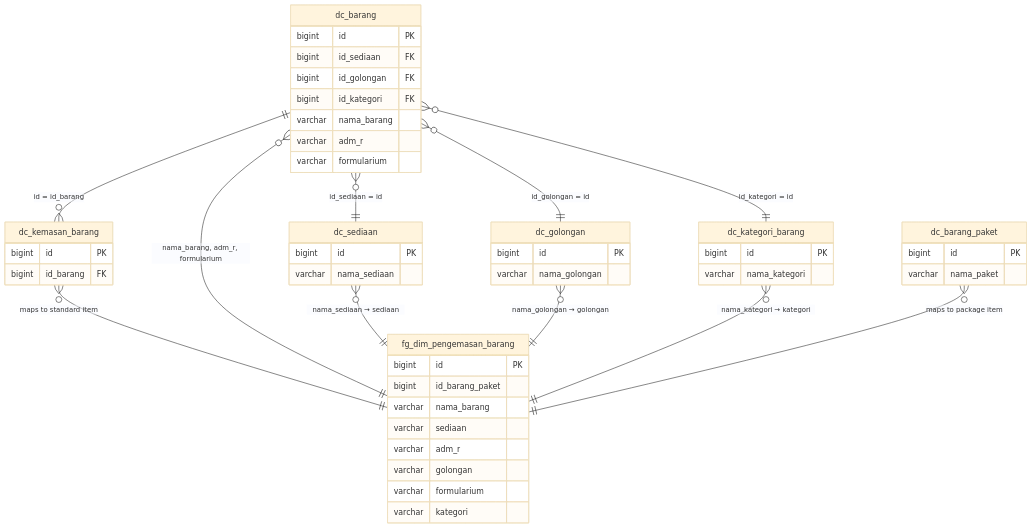
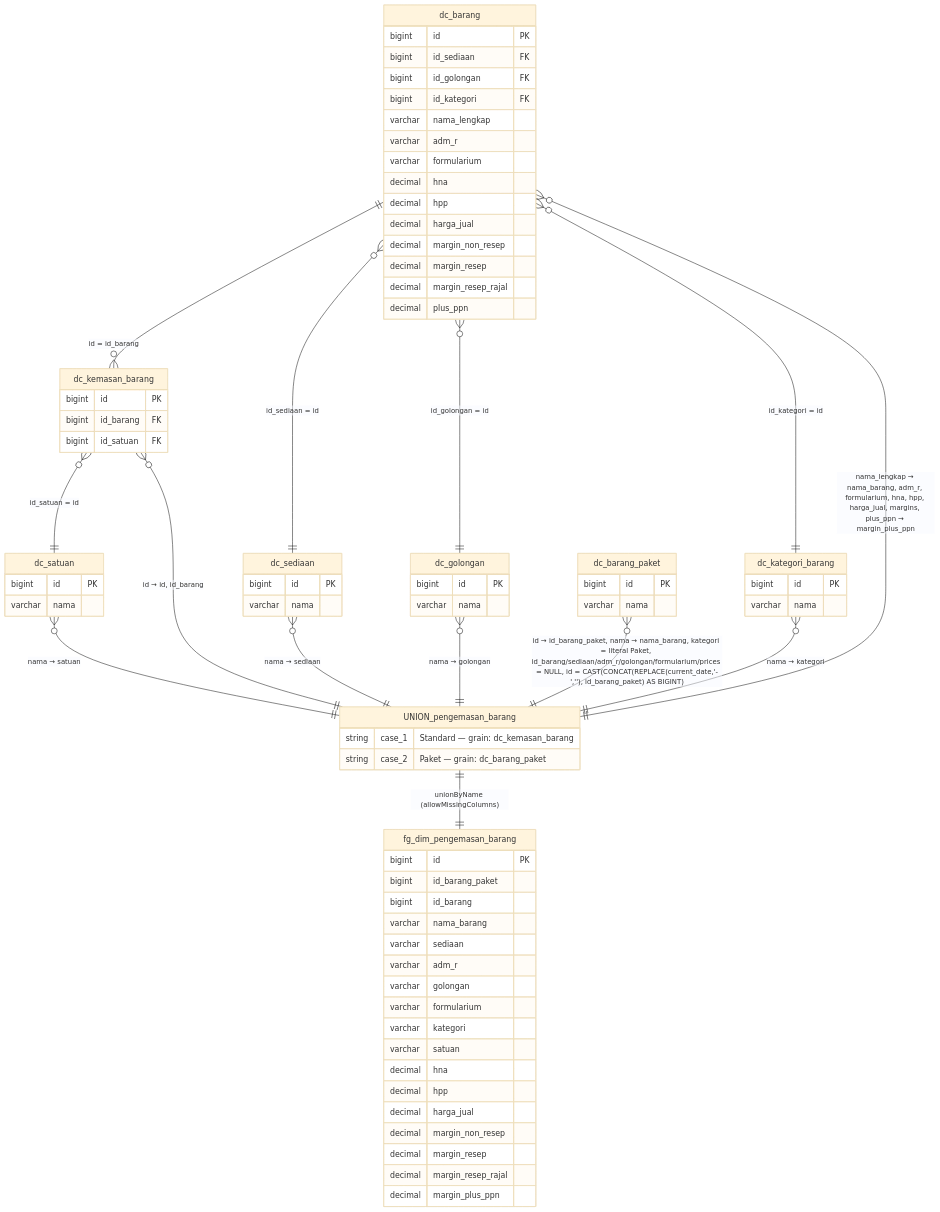
One commit to Akhmed2712/etl_pipeline changed the diagram in docs/fg_dim_pengemasan_barang.mermaid. Above: the diagram before and after it, drawn with Mermaid (base theme). The commit also changed 58 other files, not shown here.

```diff
--- a/docs/fg_dim_pengemasan_barang.mermaid
+++ b/docs/fg_dim_pengemasan_barang.mermaid
@@ -1,72 +1,93 @@
 erDiagram
-
-  %% ─── TARGET DIMENSION TABLE ──────────────────────────────────────────────
-
+  %% ─── TARGET DIM TABLE ────────────────────────────────────────────────────
   fg_dim_pengemasan_barang {
     bigint  id                PK
     bigint  id_barang_paket
+    bigint  id_barang
     varchar nama_barang
     varchar sediaan
     varchar adm_r
     varchar golongan
     varchar formularium
     varchar kategori
+    varchar satuan
+    decimal hna
+    decimal hpp
+    decimal harga_jual
+    decimal margin_non_resep
+    decimal margin_resep
+    decimal margin_resep_rajal
+    decimal margin_plus_ppn
   }
-
-  %% ─── SOURCE TABLES ───────────────────────────────────────────────────────
-
+ 
+  %% ─── UNION NODE ──────────────────────────────────────────────────────────
+  UNION_pengemasan_barang {
+    string case_1 "Standard — grain: dc_kemasan_barang"
+    string case_2 "Paket    — grain: dc_barang_paket"
+  }
+ 
+  %% ─── CASE 1 BRANCH: STANDARD ─────────────────────────────────────────────
+  dc_kemasan_barang {
+    bigint id          PK
+    bigint id_barang   FK
+    bigint id_satuan   FK
+  }
   dc_barang {
-    bigint  id            PK
-    bigint  id_sediaan    FK
-    bigint  id_golongan   FK
-    bigint  id_kategori   FK
-    varchar nama_barang
+    bigint  id                PK
+    bigint  id_sediaan        FK
+    bigint  id_golongan       FK
+    bigint  id_kategori       FK
+    varchar nama_lengkap
     varchar adm_r
     varchar formularium
+    decimal hna
+    decimal hpp
+    decimal harga_jual
+    decimal margin_non_resep
+    decimal margin_resep
+    decimal margin_resep_rajal
+    decimal plus_ppn
   }
-
-  dc_kemasan_barang {
-    bigint id         PK
-    bigint id_barang  FK
+  dc_sediaan {
+    bigint  id    PK
+    varchar nama
   }
-
-  dc_sediaan {
-    bigint  id             PK
-    varchar nama_sediaan
+  dc_golongan {
+    bigint  id    PK
+    varchar nama
   }
-
-  dc_golongan {
-    bigint  id              PK
-    varchar nama_golongan
+  dc_kategori_barang {
+    bigint  id    PK
+    varchar nama
   }
-
-  dc_kategori_barang {
-    bigint  id             PK
-    varchar nama_kategori
+  dc_satuan {
+    bigint  id    PK
+    varchar nama
   }
-
+ 
+  %% ─── CASE 2 BRANCH: PAKET ────────────────────────────────────────────────
   dc_barang_paket {
-    bigint  id          PK
-    varchar nama_paket
+    bigint  id    PK
+    varchar nama
   }
-
+ 
   %% ─── SOURCE RELATIONSHIPS ────────────────────────────────────────────────
-
-  dc_barang ||--o{ dc_kemasan_barang  : "id = id_barang"
+  dc_barang ||--o{ dc_kemasan_barang   : "id = id_barang"
   dc_barang }o--|| dc_sediaan         : "id_sediaan = id"
   dc_barang }o--|| dc_golongan        : "id_golongan = id"
   dc_barang }o--|| dc_kategori_barang : "id_kategori = id"
-
-  %% ─── ETL LINEAGE TO TARGET DIMENSION ─────────────────────────────────────
-
-  %% Standard item flow
-  dc_kemasan_barang }o--|| fg_dim_pengemasan_barang : "maps to standard item"
-
-  %% Attribute enrichment
-  dc_barang }o--|| fg_dim_pengemasan_barang : "nama_barang, adm_r, formularium"
-  dc_sediaan }o--|| fg_dim_pengemasan_barang : "nama_sediaan → sediaan"
-  dc_golongan }o--|| fg_dim_pengemasan_barang : "nama_golongan → golongan"
-  dc_kategori_barang }o--|| fg_dim_pengemasan_barang : "nama_kategori → kategori"
-
-  %% Package item flow
-  dc_barang_paket }o--|| fg_dim_pengemasan_barang : "maps to package item"
+  dc_kemasan_barang }o--|| dc_satuan  : "id_satuan = id"
+ 
+  %% ─── CASE 1 → UNION ──────────────────────────────────────────────────────
+  dc_kemasan_barang  }o--|| UNION_pengemasan_barang : "id → id, id_barang"
+  dc_barang          }o--|| UNION_pengemasan_barang : "nama_lengkap → nama_barang, adm_r, formularium, hna, hpp, harga_jual, margins, plus_ppn → margin_plus_ppn"
+  dc_sediaan         }o--|| UNION_pengemasan_barang : "nama → sediaan"
+  dc_golongan        }o--|| UNION_pengemasan_barang : "nama → golongan"
+  dc_kategori_barang }o--|| UNION_pengemasan_barang : "nama → kategori"
+  dc_satuan          }o--|| UNION_pengemasan_barang : "nama → satuan"
+ 
+  %% ─── CASE 2 → UNION ──────────────────────────────────────────────────────
+  dc_barang_paket    }o--|| UNION_pengemasan_barang : "id → id_barang_paket, nama → nama_barang, kategori = literal Paket, id_barang/sediaan/adm_r/golongan/formularium/prices = NULL, id = CAST(CONCAT(REPLACE(current_date,'-',''), id_barang_paket) AS BIGINT)"
+ 
+  %% ─── UNION → TARGET ──────────────────────────────────────────────────────
+  UNION_pengemasan_barang ||--|| fg_dim_pengemasan_barang : "unionByName (allowMissingColumns)"
```
